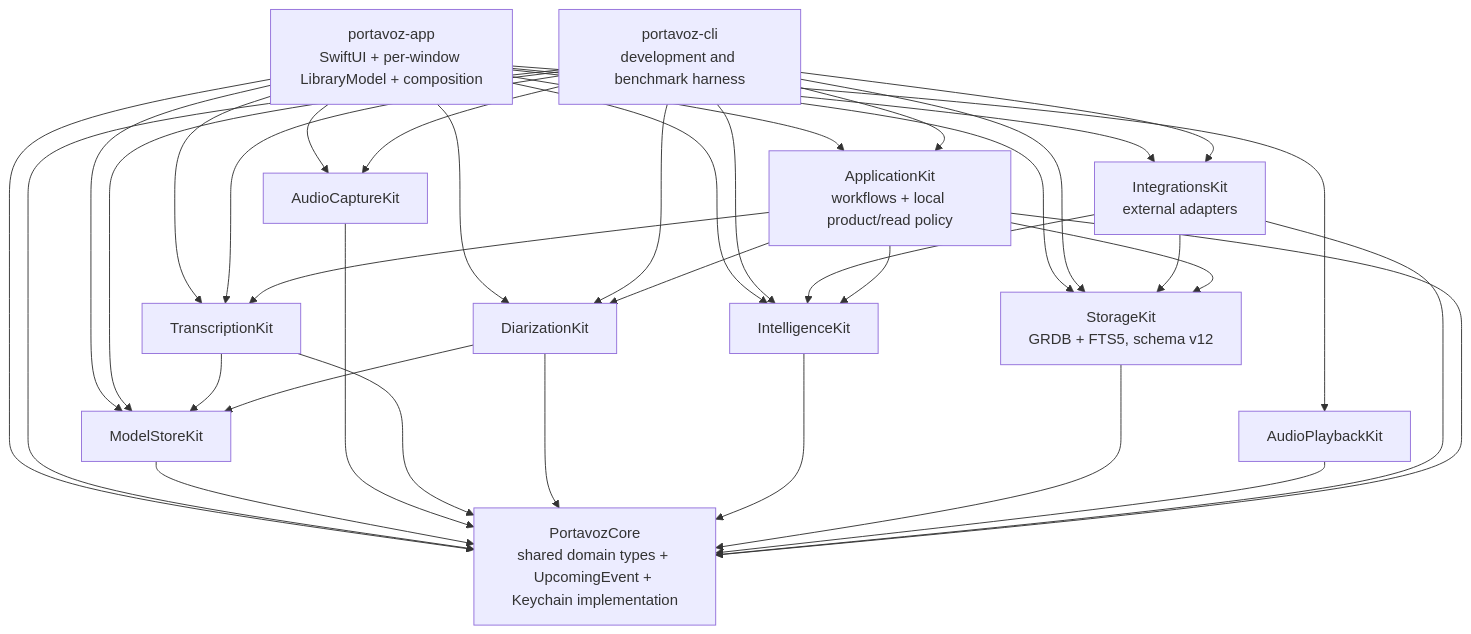
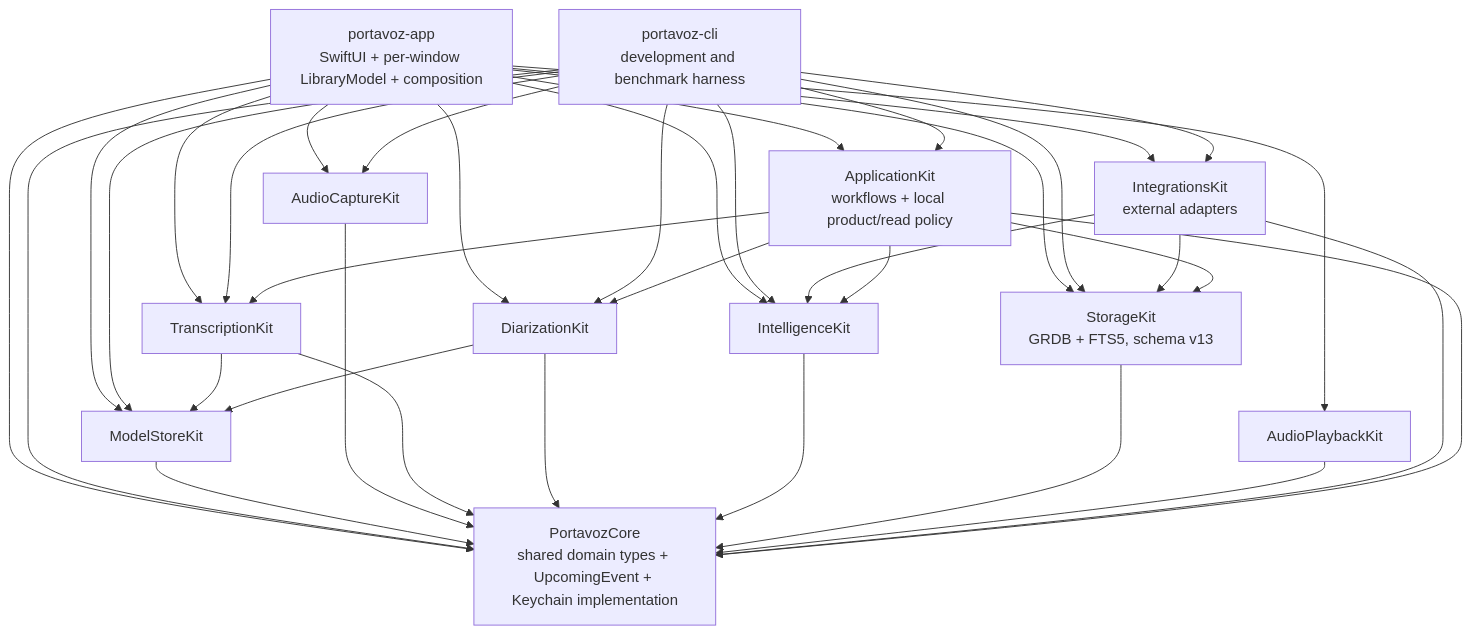
One commit to johnny4young/portavoz changed the first of 3 diagrams in docs/refactor-20260714.md. Above: the diagram before and after it, drawn with Mermaid. The commit also changed other lines of this file and 46 other files, not shown here.

````diff
--- a/docs/refactor-20260714.md
+++ b/docs/refactor-20260714.md
@@ -108,52 +108,52 @@
 ```mermaid
 flowchart TB
     APP["portavoz-app\nSwiftUI + per-window LibraryModel + composition"]
     CLI["portavoz-cli\ndevelopment and benchmark harness"]
     APPLICATION["ApplicationKit\nworkflows + local product/read policy"]
     CORE["PortavozCore\nshared domain types + UpcomingEvent + Keychain implementation"]
     MODEL["ModelStoreKit"]
     CAPTURE["AudioCaptureKit"]
     STT["TranscriptionKit"]
     DIAR["DiarizationKit"]
     INTEL["IntelligenceKit"]
-    STORE["StorageKit\nGRDB + FTS5, schema v12"]
+    STORE["StorageKit\nGRDB + FTS5, schema v13"]
     PLAYBACK["AudioPlaybackKit"]
     INTEGRATIONS["IntegrationsKit\nexternal adapters"]
 
     APP --> CORE
     APP --> APPLICATION
     APP --> MODEL
     APP --> CAPTURE
     APP --> STT
     APP --> DIAR
     APP --> INTEL
     APP --> STORE
     APP --> PLAYBACK
     APP --> INTEGRATIONS
     CLI --> CORE
     CLI --> APPLICATION
     CLI --> MODEL
     CLI --> CAPTURE
     CLI --> STT
     CLI --> DIAR
     CLI --> INTEL
     CLI --> STORE
     CLI --> INTEGRATIONS
     MODEL --> CORE
     CAPTURE --> CORE
     STT --> CORE
     STT --> MODEL
     DIAR --> CORE
     DIAR --> MODEL
     INTEL --> CORE
     STORE --> CORE
     PLAYBACK --> CORE
     INTEGRATIONS --> CORE
     INTEGRATIONS --> INTEL
     INTEGRATIONS --> STORE
     APPLICATION --> CORE
     APPLICATION --> STT
     APPLICATION --> DIAR
     APPLICATION --> INTEL
     APPLICATION --> STORE
 ```
````
